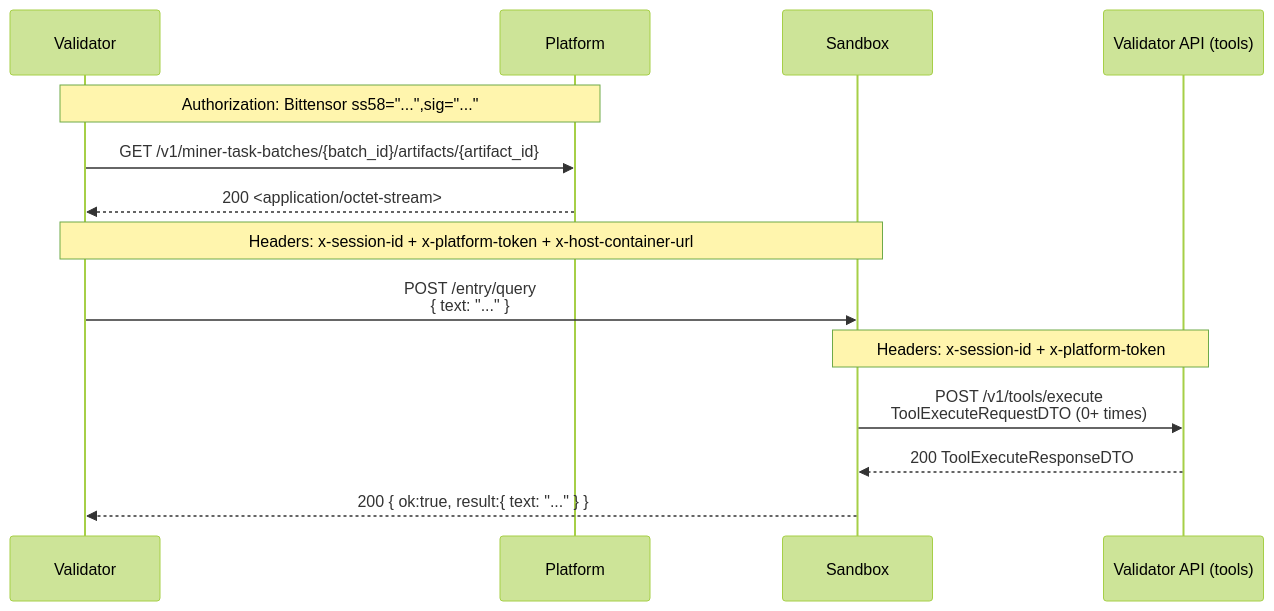
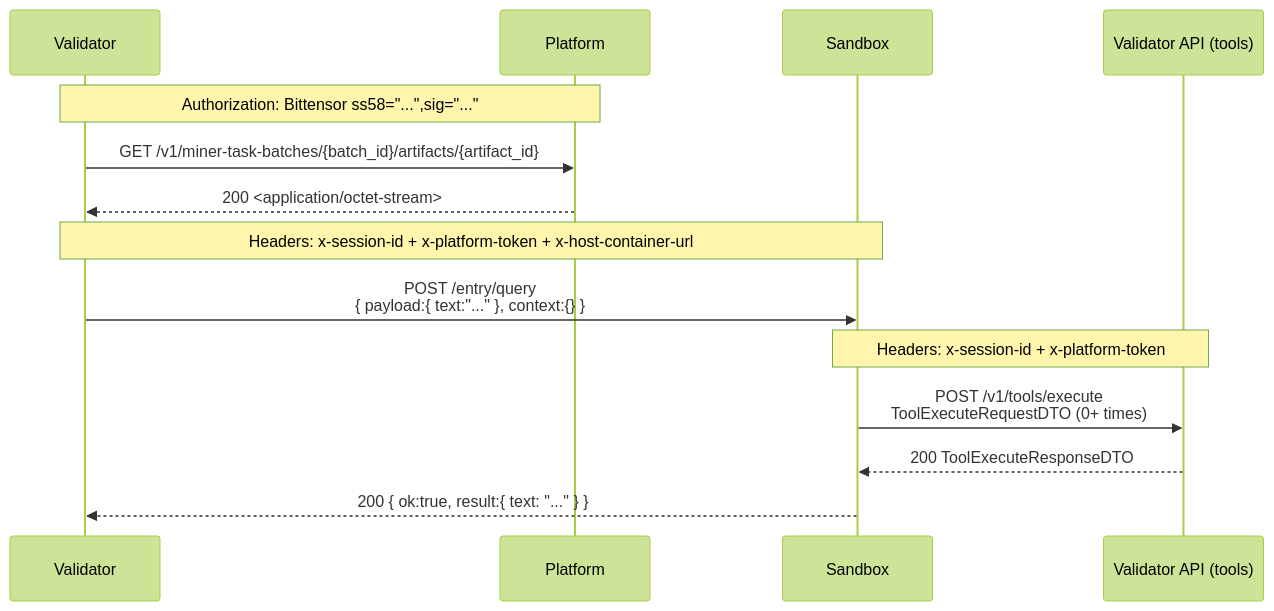
The fifth of 8 diagrams in docs/api/flows.md (harnyx/harnyx), drawn with Mermaid (forest theme) before and after one commit. The commit also changed other lines of this file and 5 other files, not shown here.

Commit message:
Correct API and architecture documentation drift (#1296)

````diff
--- a/docs/api/flows.md
+++ b/docs/api/flows.md
@@ -143,20 +149,20 @@
 ```mermaid
 sequenceDiagram
   participant V as Validator
   participant P as Platform
   participant S as Sandbox
   participant VA as Validator API (tools)
 
   Note over V,P: Authorization: Bittensor ss58="...",sig="..."
   V->>P: GET /v1/miner-task-batches/{batch_id}/artifacts/{artifact_id}
   P-->>V: 200 <application/octet-stream>
 
   Note over V,S: Headers: x-session-id + x-platform-token + x-host-container-url
-  V->>S: POST /entry/query<br/>{ text: "..." }
+  V->>S: POST /entry/query<br/>{ payload:{ text:"..." }, context:{} }
 
   Note over S,VA: Headers: x-session-id + x-platform-token
   S->>VA: POST /v1/tools/execute<br/>ToolExecuteRequestDTO (0+ times)
   VA-->>S: 200 ToolExecuteResponseDTO
 
   S-->>V: 200 { ok:true, result:{ text: "..." } }
 ```
````
